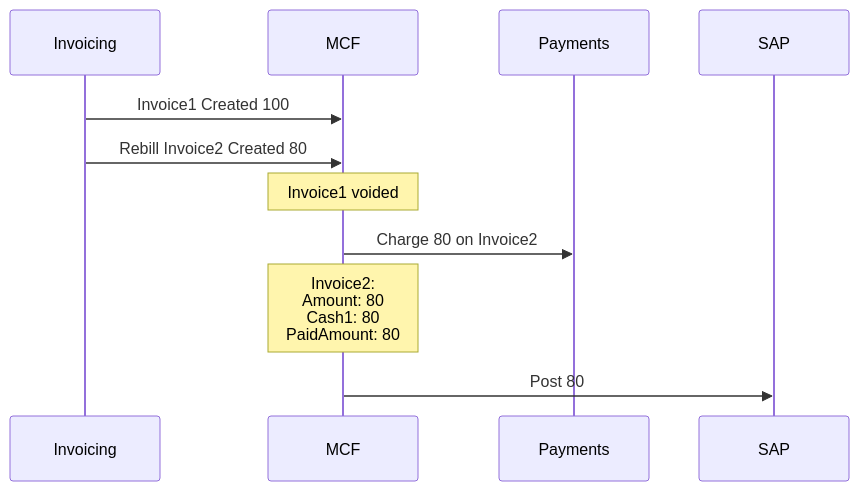
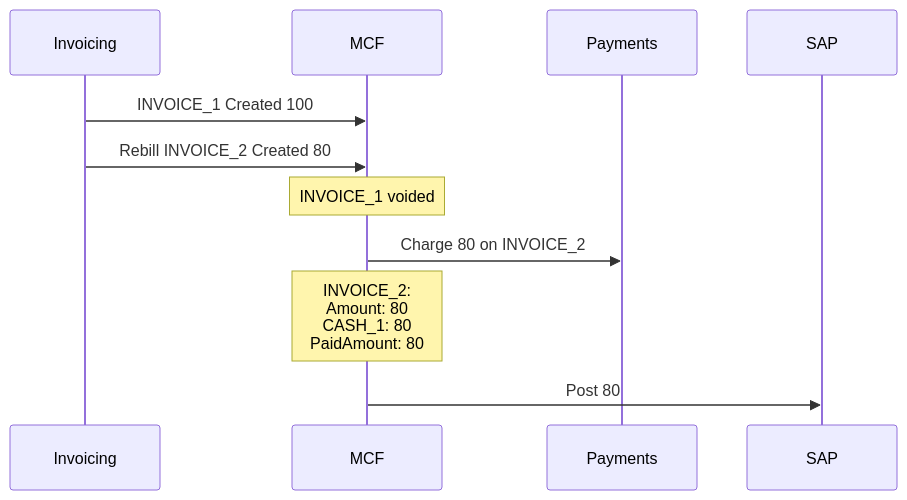
The fifth of 17 diagrams in MCF-SAP Scenarios.md (vikramsinha/test1), drawn with Mermaid before and after one commit. The commit also changed other lines of this file, not shown here.

Commit message:
Update MCF-SAP Scenarios.md

````diff
--- a/MCF-SAP Scenarios.md
+++ b/MCF-SAP Scenarios.md
@@ -64,14 +67,14 @@
 ```mermaid
 %%{init: {'theme': 'default'} }%%
 sequenceDiagram
     participant Invoicing
     participant MCF
     participant Payments
     participant SAP
-    Invoicing->>MCF: Invoice1 Created 100
-    Invoicing->>MCF: Rebill Invoice2 Created 80
-    Note over MCF: Invoice1 voided
-    MCF->>Payments: Charge 80 on Invoice2
-    Note over MCF: Invoice2:<br/>Amount: 80<br/>Cash1: 80<br/>PaidAmount: 80
+    Invoicing->>MCF: INVOICE_1 Created 100
+    Invoicing->>MCF: Rebill INVOICE_2 Created 80
+    Note over MCF: INVOICE_1 voided
+    MCF->>Payments: Charge 80 on INVOICE_2
+    Note over MCF: INVOICE_2:<br/>Amount: 80<br/>CASH_1: 80<br/>PaidAmount: 80
     MCF->>SAP: Post 80
 ```
````
